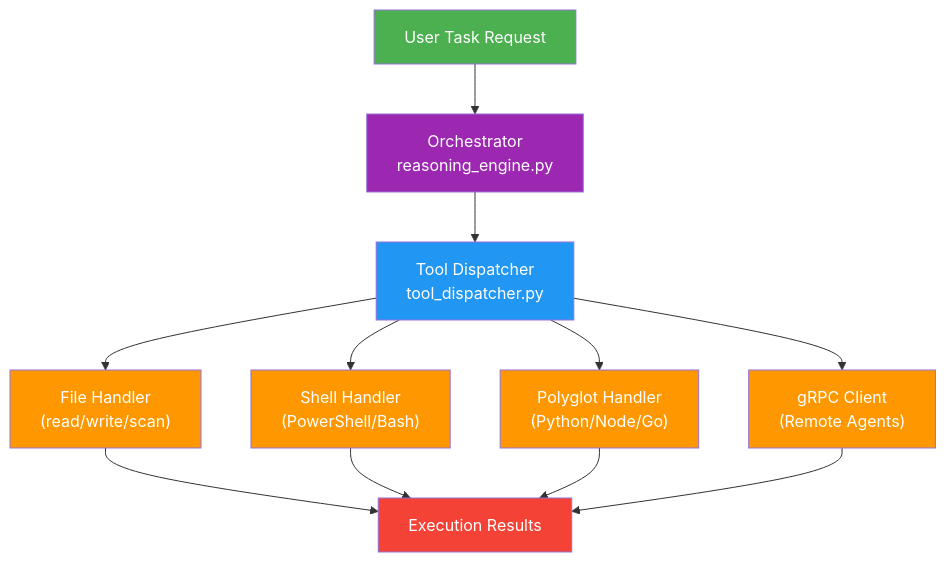
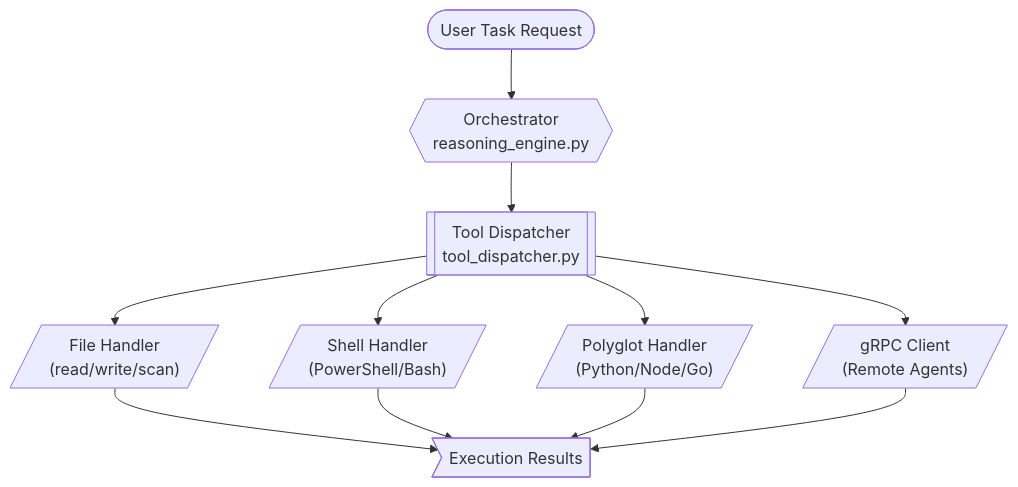
Before and after one commit to ianwesterfield/aj.westerfield.cloud: the tenth of 11 diagrams in README.md, drawn with Mermaid. The commit also changed other lines of this file and 48 other files, not shown here.

````diff
--- a/README.md
+++ b/README.md
@@ -390,33 +468,24 @@
 ```mermaid
 graph TD
-    A["User Task Request"]
-    B["Orchestrator<br/>reasoning_engine.py"]
-    C["Tool Dispatcher<br/>tool_dispatcher.py"]
+    A(["User Task Request"])
+    B{{"Orchestrator<br/>reasoning_engine.py"}}
+    C[["Tool Dispatcher<br/>tool_dispatcher.py"]]
 
-    D["File Handler<br/>(read/write/scan)"]
-    E["Shell Handler<br/>(PowerShell/Bash)"]
-    F["Polyglot Handler<br/>(Python/Node/Go)"]
-    G["gRPC Client<br/>(Remote Agents)"]
+    D[/"File Handler<br/>(read/write/scan)"/]
+    E[/"Shell Handler<br/>(PowerShell/Bash)"/]
+    F[/"Polyglot Handler<br/>(Python/Node/Go)"/]
+    G[/"gRPC Client<br/>(Remote Agents)"/]
 
-    H["Execution Results"]
+    H>"Execution Results"]
 
     A --> B
     B --> C
     C --> D
     C --> E
     C --> F
     C --> G
     D --> H
     E --> H
     F --> H
     G --> H
-
-    style A fill:#4CAF50,color:#fff
-    style B fill:#9C27B0,color:#fff
-    style C fill:#2196F3,color:#fff
-    style D fill:#FF9800,color:#fff
-    style E fill:#FF9800,color:#fff
-    style F fill:#FF9800,color:#fff
-    style G fill:#FF9800,color:#fff
-    style H fill:#F44336,color:#fff
 ```
````
